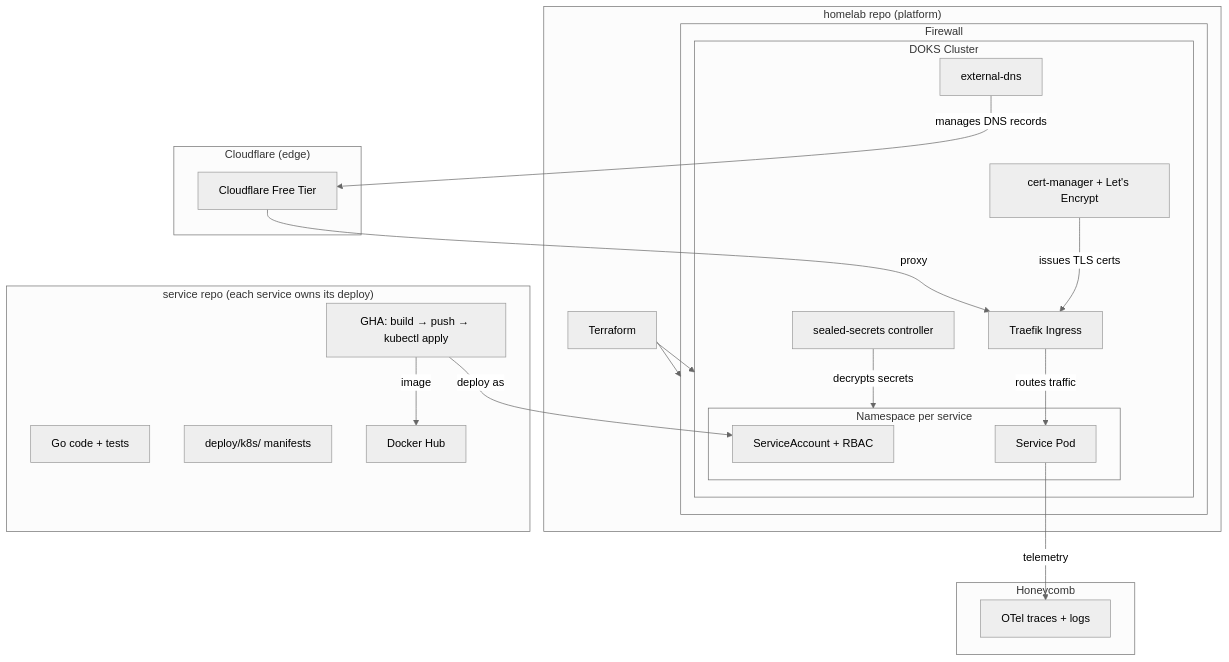
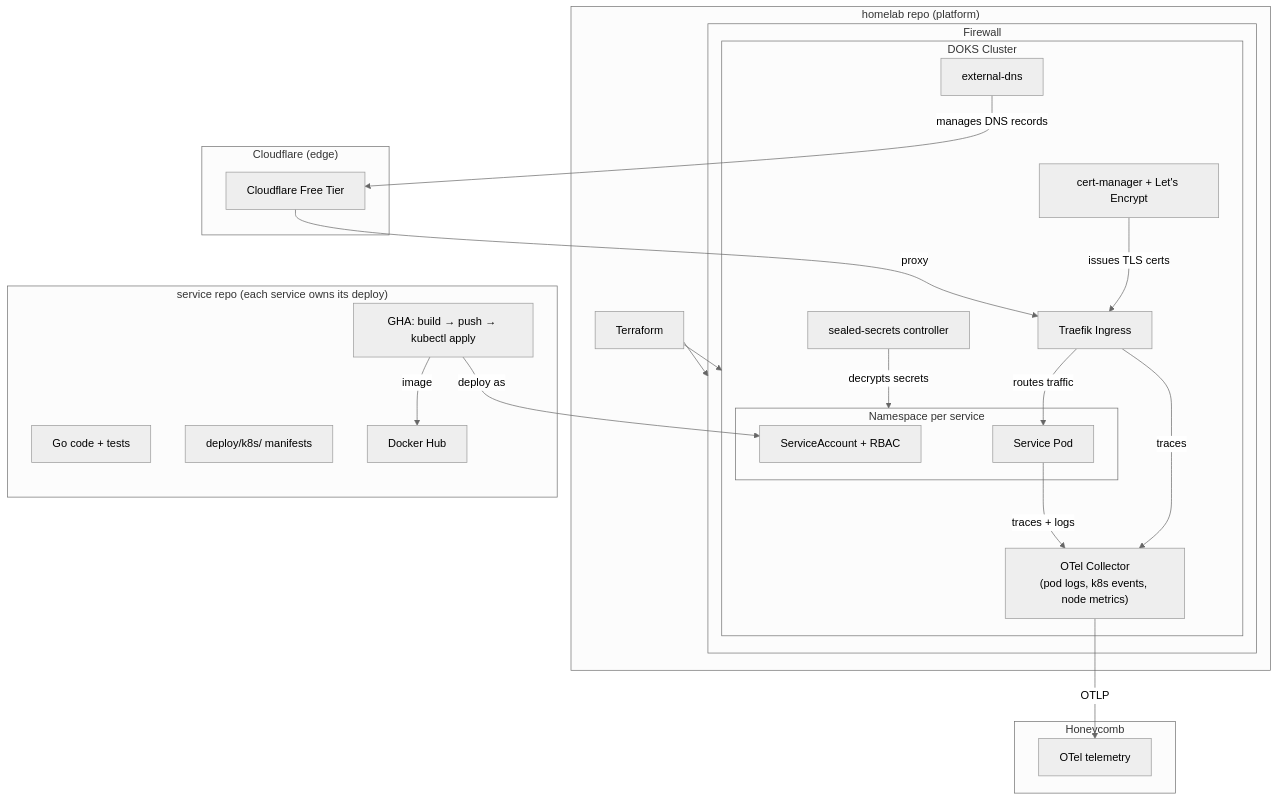
The diagram in README.md (w-h-a/homelab), drawn with Mermaid (neutral theme) before and after one commit. The commit also changed 2 other files, not shown here.

Commit message:
feat: bootstrap sealed-secrets controller (#6)

````diff
--- a/README.md
+++ b/README.md
@@ -5,43 +5,46 @@
 ```mermaid
 graph TB                                                                                            
-    subgraph "homelab repo (platform)"                                                              
-        TF[Terraform]                                                                               
+    subgraph "homelab repo (platform)" 
+        TF[Terraform]       
         subgraph FW[Firewall]
             subgraph DOKS[DOKS Cluster]
                 TRAEFIK[Traefik Ingress]
                 CM[cert-manager + Let's Encrypt]
                 EDNS[external-dns]
                 SS[sealed-secrets controller]
+                OTEL["OTel Collector<br/>(pod logs, k8s events, node metrics)"]
                 subgraph NS[Namespace per service]
                     SVC_SA[ServiceAccount + RBAC]
                     SVC_POD[Service Pod]
                 end
                 TRAEFIK -->|routes traffic| SVC_POD
                 CM -->|issues TLS certs| TRAEFIK
                 SS -->|decrypts secrets| NS
+                TRAEFIK -->|traces| OTEL
+                SVC_POD -->|traces + logs| OTEL
             end
         end
         TF --> FW
         TF --> DOKS
     end
 
     subgraph "Cloudflare (edge)"
         CF[Cloudflare Free Tier]
         CF -->|proxy| TRAEFIK
         EDNS -->|manages DNS records| CF
     end
 
     subgraph "service repo (each service owns its deploy)"
         SVC_CODE[Go code + tests]
         SVC_K8S[deploy/k8s/ manifests]
         SVC_GHA[GHA: build → push → kubectl apply]
         SVC_GHA -->|image| DH[Docker Hub]
         SVC_GHA -->|deploy as| SVC_SA
     end
 
     subgraph "Honeycomb"
-        HC[OTel traces + logs]
+        HC[OTel telemetry]
     end
 
-    SVC_POD -->|telemetry| HC
+    OTEL -->|OTLP| HC
 ```
````
